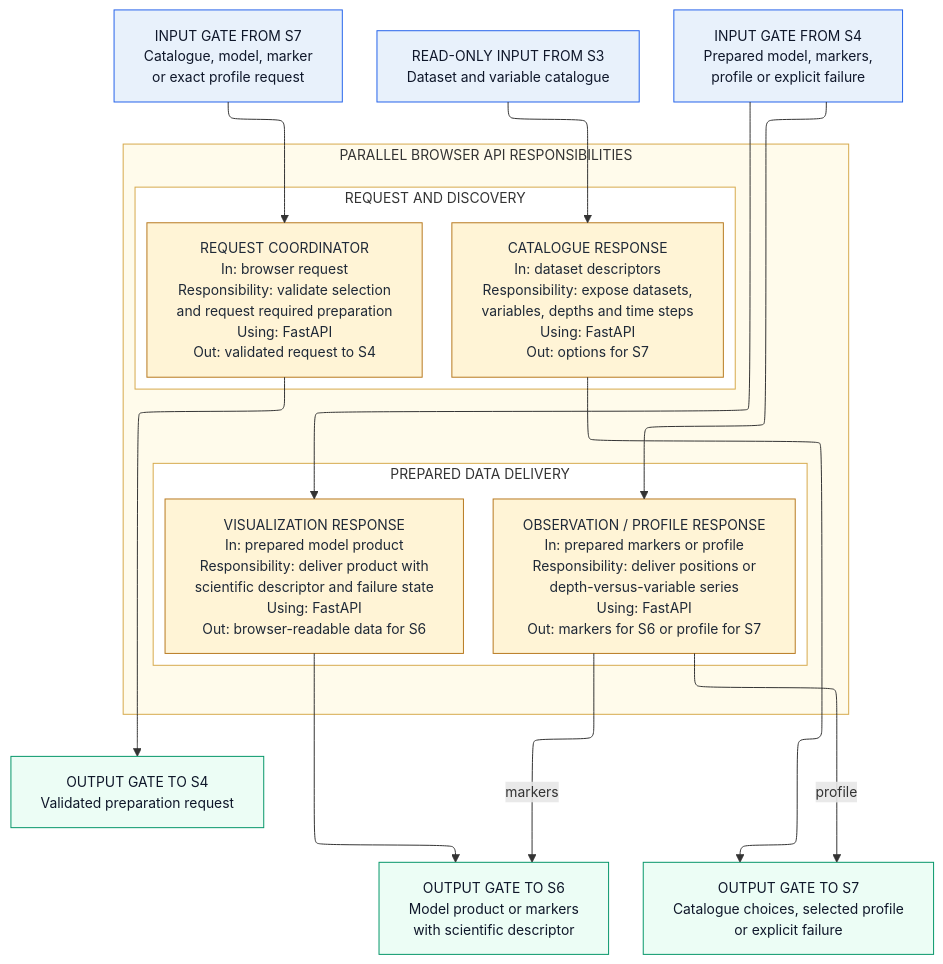
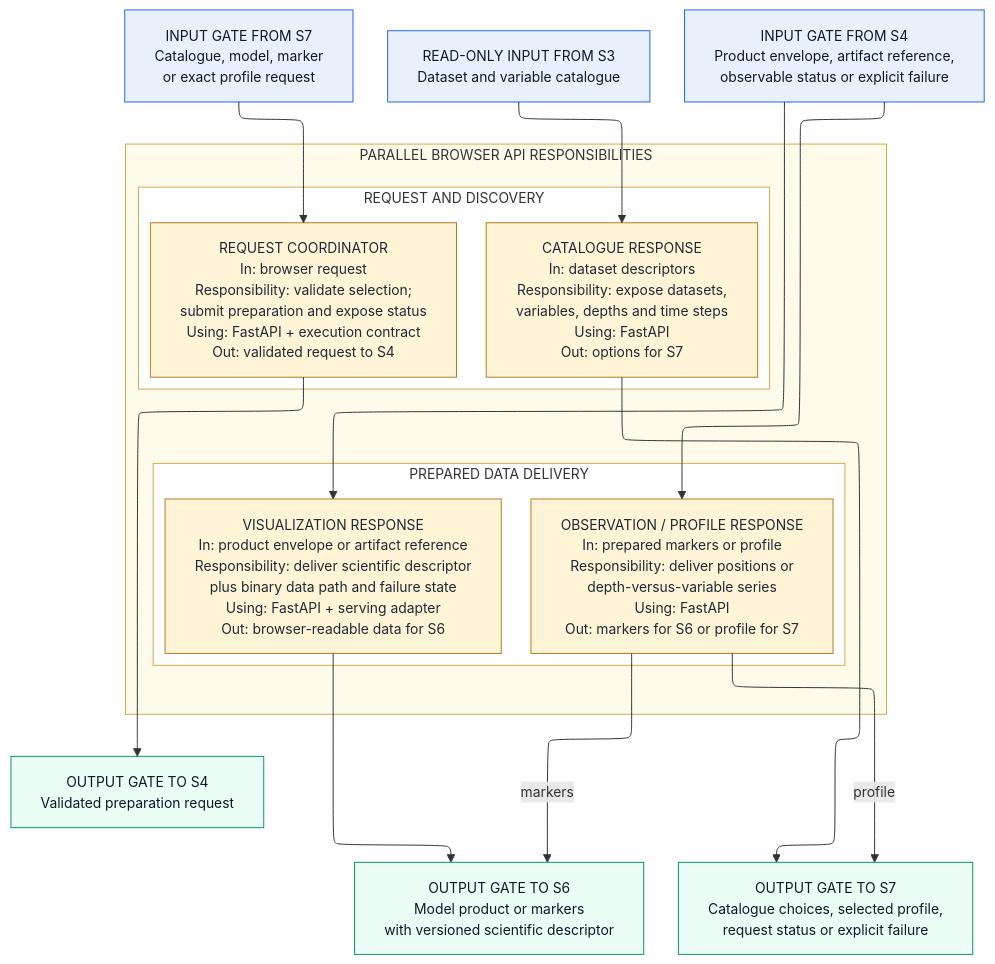
One commit to CSubham/incois-3d-ocean-visualization changed the seventh of 10 diagrams in docs/architecture/LLD_INCOIS_3D_Ocean_Data_Visualization_System.md. Above: the diagram before and after it, drawn with Mermaid. The commit also changed other lines of this file and 2 other files, not shown here.

````diff
--- a/docs/architecture/LLD_INCOIS_3D_Ocean_Data_Visualization_System.md
+++ b/docs/architecture/LLD_INCOIS_3D_Ocean_Data_Visualization_System.md
@@ -216,41 +260,41 @@
 ```mermaid
 %%{init: {"layout": "elk", "flowchart": {"wrappingWidth": 300, "rankSpacing": 35, "nodeSpacing": 20}, "themeVariables": {"fontSize": "14px"}}}%%
 flowchart TB
     BIN["INPUT GATE FROM S7<br/>Catalogue, model, marker<br/>or exact profile request"]:::gate
     SIN["READ-ONLY INPUT FROM S3<br/>Dataset and variable catalogue"]:::gate
-    PREP["INPUT GATE FROM S4<br/>Prepared model, markers,<br/>profile or explicit failure"]:::gate
+    PREP["INPUT GATE FROM S4<br/>Product envelope, artifact reference,<br/>observable status or explicit failure"]:::gate
     subgraph PATHS["PARALLEL BROWSER API RESPONSIBILITIES"]
         direction TB
         subgraph CONTROL["REQUEST AND DISCOVERY"]
             direction LR
-            M1["REQUEST COORDINATOR<br/>In: browser request<br/>Responsibility: validate selection<br/>and request required preparation<br/>Using: FastAPI<br/>Out: validated request to S4"]:::mod
+            M1["REQUEST COORDINATOR<br/>In: browser request<br/>Responsibility: validate selection;<br/>submit preparation and expose status<br/>Using: FastAPI + execution contract<br/>Out: validated request to S4"]:::mod
             M2["CATALOGUE RESPONSE<br/>In: dataset descriptors<br/>Responsibility: expose datasets,<br/>variables, depths and time steps<br/>Using: FastAPI<br/>Out: options for S7"]:::mod
         end
         subgraph DELIVERY["PREPARED DATA DELIVERY"]
             direction LR
-            M3["VISUALIZATION RESPONSE<br/>In: prepared model product<br/>Responsibility: deliver product with<br/>scientific descriptor and failure state<br/>Using: FastAPI<br/>Out: browser-readable data for S6"]:::mod
+            M3["VISUALIZATION RESPONSE<br/>In: product envelope or artifact reference<br/>Responsibility: deliver scientific descriptor<br/>plus binary data path and failure state<br/>Using: FastAPI + serving adapter<br/>Out: browser-readable data for S6"]:::mod
             M4["OBSERVATION / PROFILE RESPONSE<br/>In: prepared markers or profile<br/>Responsibility: deliver positions or<br/>depth-versus-variable series<br/>Using: FastAPI<br/>Out: markers for S6 or profile for S7"]:::mod
         end
         CONTROL ~~~ DELIVERY
     end
     TO4["OUTPUT GATE TO S4<br/>Validated preparation request"]:::out
-    BOUT6["OUTPUT GATE TO S6<br/>Model product or markers<br/>with scientific descriptor"]:::out
-    BOUT7["OUTPUT GATE TO S7<br/>Catalogue choices, selected profile<br/>or explicit failure"]:::out
+    BOUT6["OUTPUT GATE TO S6<br/>Model product or markers<br/>with versioned scientific descriptor"]:::out
+    BOUT7["OUTPUT GATE TO S7<br/>Catalogue choices, selected profile,<br/>request status or explicit failure"]:::out
 
     BIN --> M1
     SIN --> M2
     PREP --> M3
     PREP --> M4
     M1 --> TO4
     M2 --> BOUT7
     M3 --> BOUT6
     M4 -- "markers" --> BOUT6
     M4 -- "profile" --> BOUT7
 
     classDef gate fill:#E8F1FB,stroke:#2563EB,color:#0F172A;
     classDef mod fill:#FFF4D6,stroke:#B7791F,color:#1F2937;
     classDef out fill:#ECFDF5,stroke:#059669,color:#0F172A;
     style PATHS fill:#FFFBEB,stroke:#D6A94C,stroke-width:1px
     style CONTROL fill:#FFFFFF,stroke:#D6A94C,stroke-width:1px
     style DELIVERY fill:#FFFFFF,stroke:#D6A94C,stroke-width:1px
 ```
````
